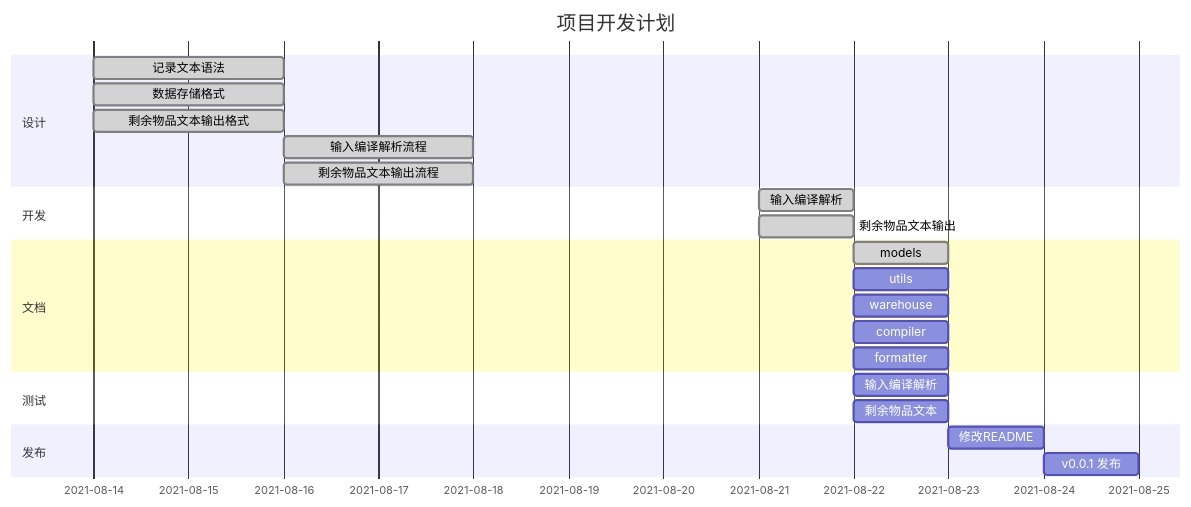
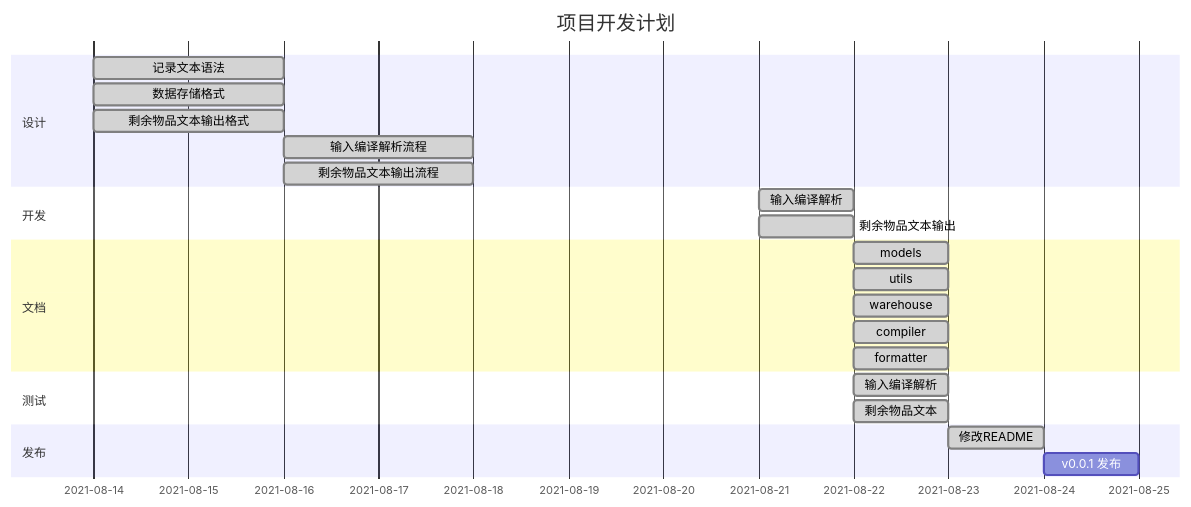
One commit to w158rk/PWMS changed the diagram in docs/schedules/index.md. Above: the diagram before and after it, drawn with Mermaid. The commit also changed 8 other files, not shown here.

````diff
--- a/docs/schedules/index.md
+++ b/docs/schedules/index.md
@@ -3,32 +3,32 @@
 ```mermaid
 gantt
     dateFormat  YYYY-MM-DD
     title       项目开发计划
 
     section 设计
     记录文本语法                    :done,    syntax, 2021-08-14, 2d
     数据存储格式                    :done,    ds, 2021-08-14, 2d
     剩余物品文本输出格式              :done,    textout, 2021-08-14, 2d
     输入编译解析流程                :done,     proc-compile, after syntax, 2d
     剩余物品文本输出流程             :done,     proc-textout, after textout, 2d
 
     section 开发
     输入编译解析                :done,    dev-compile, 2021-08-21, 1d
     剩余物品文本输出             :done,    dev-textout, 2021-08-21, 1d
 
     section 文档
     models             :done,   doc-compile, after dev-compile, 1d
-    utils            :         doc-textout, after dev-textout, 1d
-    warehouse          :         doc-textout, after dev-textout, 1d
-    compiler          :         doc-textout, after dev-textout, 1d
-    formatter          :         doc-textout, after dev-textout, 1d
+    utils            :done,         doc-textout, after dev-textout, 1d
+    warehouse          :done,         doc-textout, after dev-textout, 1d
+    compiler          :done,         doc-textout, after dev-textout, 1d
+    formatter          :done,         doc-textout, after dev-textout, 1d
 
     section 测试
-    输入编译解析             :         test-compile, after dev-compile, 1d
-    剩余物品文本             :         test-textout, after dev-textout, 1d
+    输入编译解析             :done,    test-compile, after dev-compile, 1d
+    剩余物品文本             :done,    test-textout, after dev-textout, 1d
 
     section 发布
-    修改README          :   readme, after test-compile, 1d
+    修改README          :done,   readme, after test-compile, 1d
     v0.0.1 发布         :   v0.0.1, after readme, 1d
 
 ```
````
